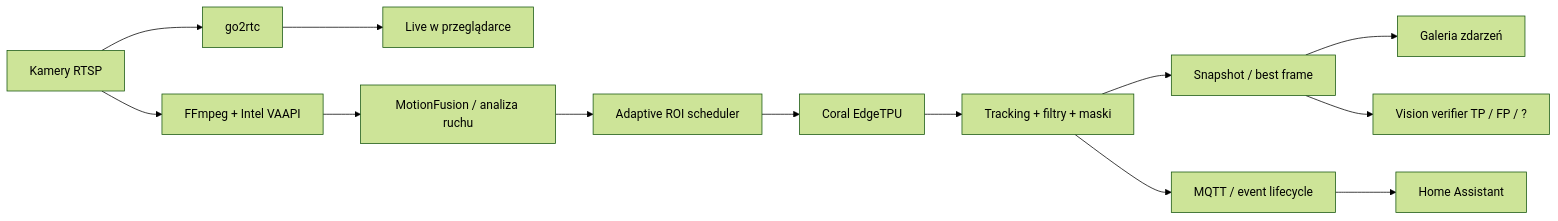
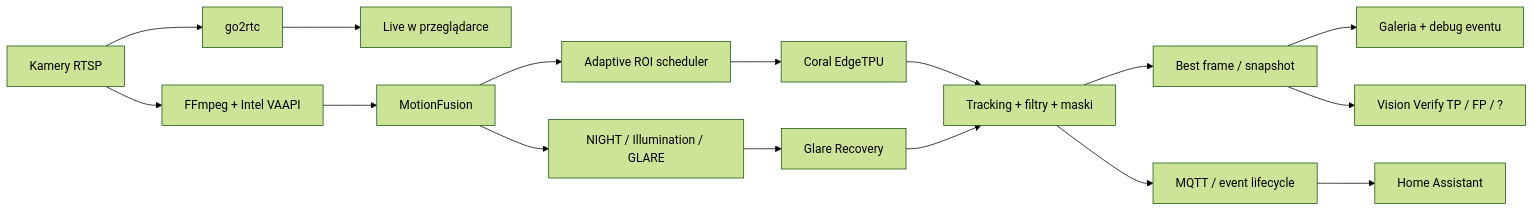
One commit to SlaVkoKRK/veyra-ai-nvr changed the diagram in README.md. Above: the diagram before and after it, drawn with Mermaid (forest theme). The commit also changed other lines of this file, not shown here.

````diff
--- a/README.md
+++ b/README.md
@@ -45,17 +69,21 @@
 ```mermaid
 flowchart LR
     CAM[Kamery RTSP] --> G[go2rtc]
     G --> LIVE[Live w przeglądarce]
 
     CAM --> DEC[FFmpeg + Intel VAAPI]
-    DEC --> MOTION[MotionFusion / analiza ruchu]
+    DEC --> MOTION[MotionFusion]
     MOTION --> ROI[Adaptive ROI scheduler]
     ROI --> CORAL[Coral EdgeTPU]
     CORAL --> TRACK[Tracking + filtry + maski]
 
-    TRACK --> SNAP[Snapshot / best frame]
-    SNAP --> GAL[Galeria zdarzeń]
-    SNAP --> VISION[Vision verifier TP / FP / ?]
+    TRACK --> SNAP[Best frame / snapshot]
+    SNAP --> GAL[Galeria + debug eventu]
+    SNAP --> VISION[Vision Verify TP / FP / ?]
     TRACK --> MQTT[MQTT / event lifecycle]
     MQTT --> HA[Home Assistant]
+
+    MOTION --> NIGHT[NIGHT / Illumination / GLARE]
+    NIGHT --> REC[Glare Recovery]
+    REC --> TRACK
 ```
````
